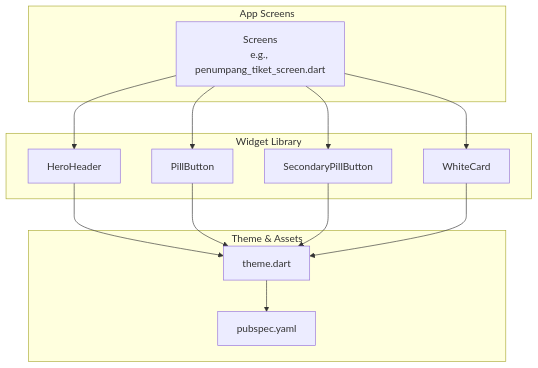
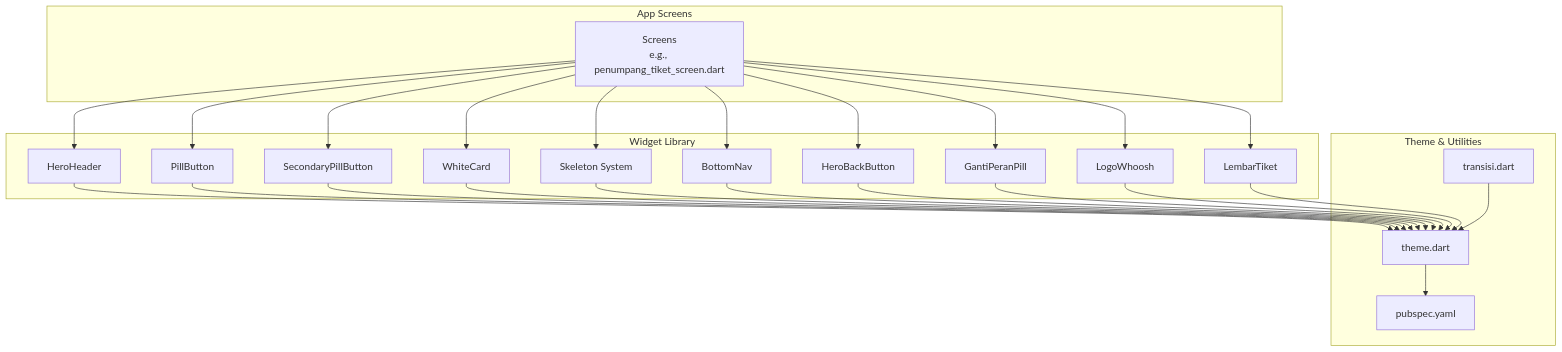
Before and after one commit to rdsarjito/whoosh-ramah: the first of 6 diagrams in .qoder/repowiki/en/content/Mobile Application/Widget Library/Widget Library.md, drawn with Mermaid. The commit also changed other lines of this file and 68 other files, not shown here.

````diff
--- a/.qoder/repowiki/en/content/Mobile Application/Widget Library/Widget Library.md
+++ b/.qoder/repowiki/en/content/Mobile Application/Widget Library/Widget Library.md
@@ -40,25 +63,45 @@
 ```mermaid
 graph TB
 subgraph "App Screens"
 ST["Screens<br/>e.g., penumpang_tiket_screen.dart"]
 end
 subgraph "Widget Library"
 HH["HeroHeader"]
 PB["PillButton"]
 SPB["SecondaryPillButton"]
 WC["WhiteCard"]
+SK["Skeleton System"]
+BN["BottomNav"]
+HB["HeroBackButton"]
+GP["GantiPeranPill"]
+LG["LogoWhoosh"]
+LT["LembarTiket"]
 end
-subgraph "Theme & Assets"
+subgraph "Theme & Utilities"
 TH["theme.dart"]
+TR["transisi.dart"]
 PS["pubspec.yaml"]
 end
 ST --> HH
 ST --> PB
 ST --> SPB
 ST --> WC
+ST --> SK
+ST --> BN
+ST --> HB
+ST --> GP
+ST --> LG
+ST --> LT
 HH --> TH
 PB --> TH
 SPB --> TH
 WC --> TH
+SK --> TH
+BN --> TH
+HB --> TH
+GP --> TH
+LG --> TH
+LT --> TH
 TH --> PS
+TR --> TH
 ```
````
